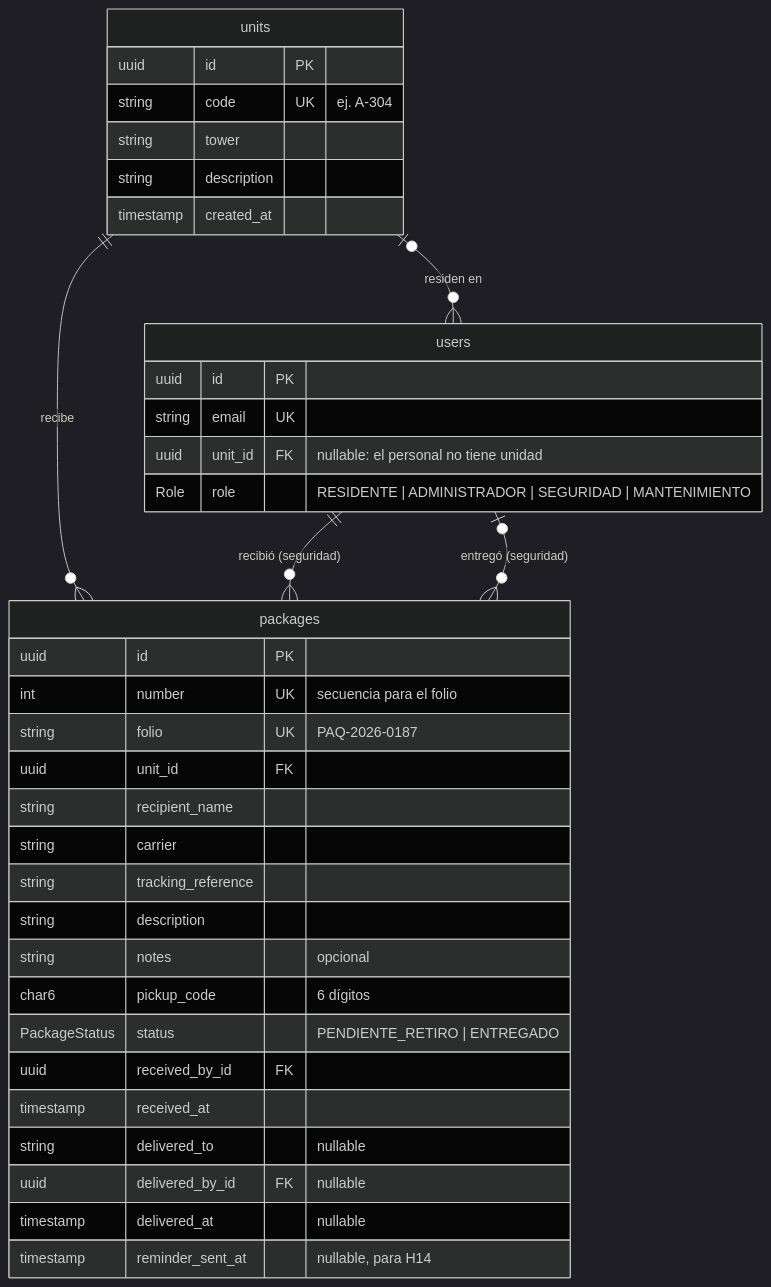
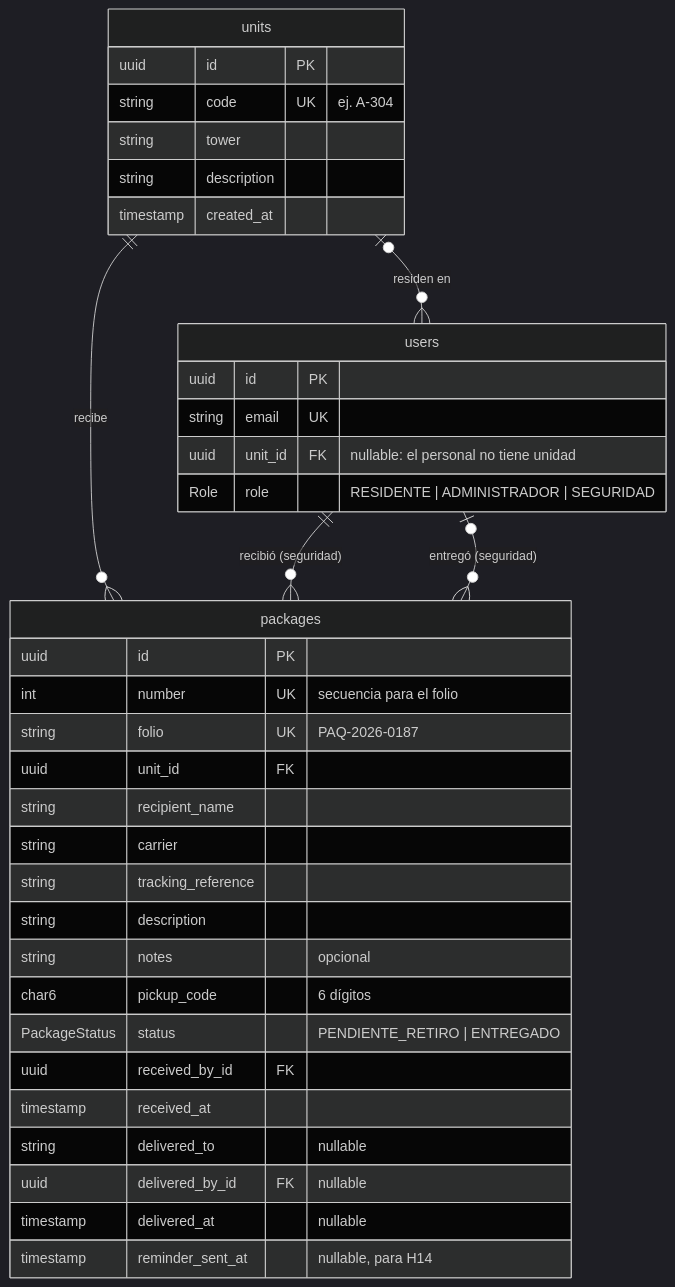
The first of 6 diagrams in docs/modulo-5-paqueteria.md (moicenti/be_boilerplate_is_2026), drawn with Mermaid (dark theme) before and after one commit. The commit also changed other lines of this file and 15 other files, not shown here.

Commit message:
fix(auth): solo administrador puede crear usuarios seguridad/residente

````diff
--- a/docs/modulo-5-paqueteria.md
+++ b/docs/modulo-5-paqueteria.md
@@ -53,42 +53,42 @@
 ```mermaid
 erDiagram
     units ||--o{ packages : "recibe"
     units |o--o{ users : "residen en"
     users ||--o{ packages : "recibió (seguridad)"
     users |o--o{ packages : "entregó (seguridad)"
 
     users {
         uuid id PK
         string email UK
         uuid unit_id FK "nullable: el personal no tiene unidad"
-        Role role "RESIDENTE | ADMINISTRADOR | SEGURIDAD | MANTENIMIENTO"
+        Role role "RESIDENTE | ADMINISTRADOR | SEGURIDAD"
     }
 
     units {
         uuid id PK
         string code UK "ej. A-304"
         string tower
         string description
         timestamp created_at
     }
 
     packages {
         uuid id PK
         int number UK "secuencia para el folio"
         string folio UK "PAQ-2026-0187"
         uuid unit_id FK
         string recipient_name
         string carrier
         string tracking_reference
         string description
         string notes "opcional"
         char6 pickup_code "6 dígitos"
         PackageStatus status "PENDIENTE_RETIRO | ENTREGADO"
         uuid received_by_id FK
         timestamp received_at
         string delivered_to "nullable"
         uuid delivered_by_id FK "nullable"
         timestamp delivered_at "nullable"
         timestamp reminder_sent_at "nullable, para H14"
     }
 ```
````
